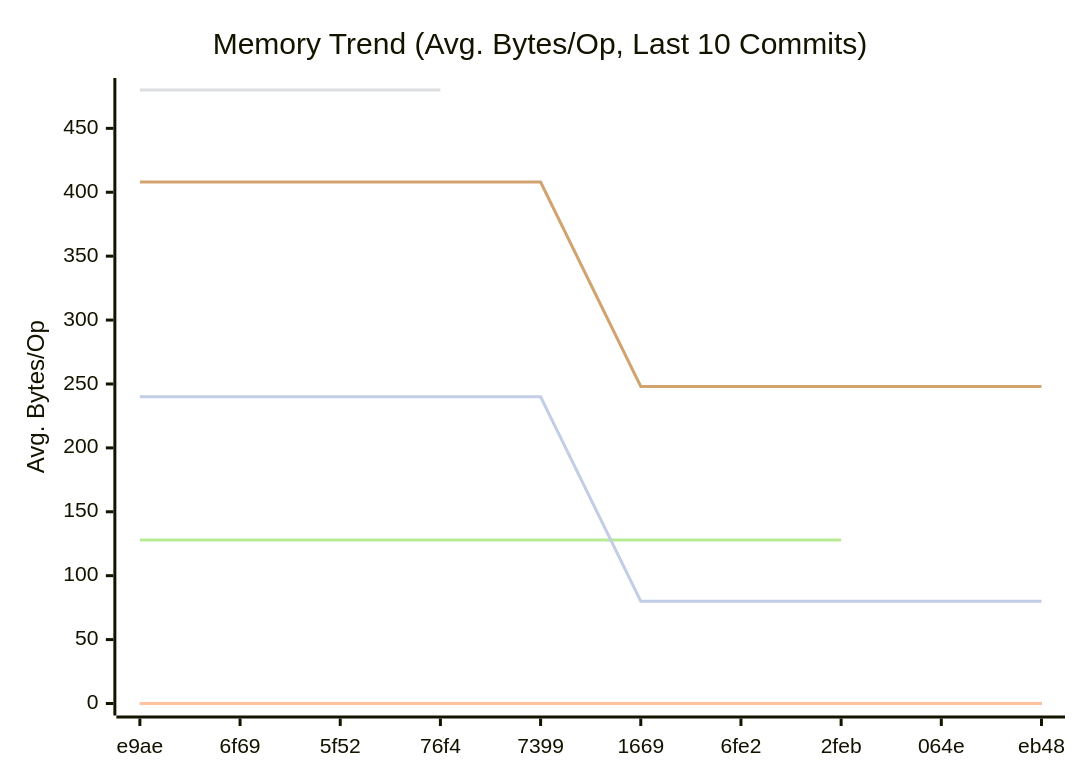
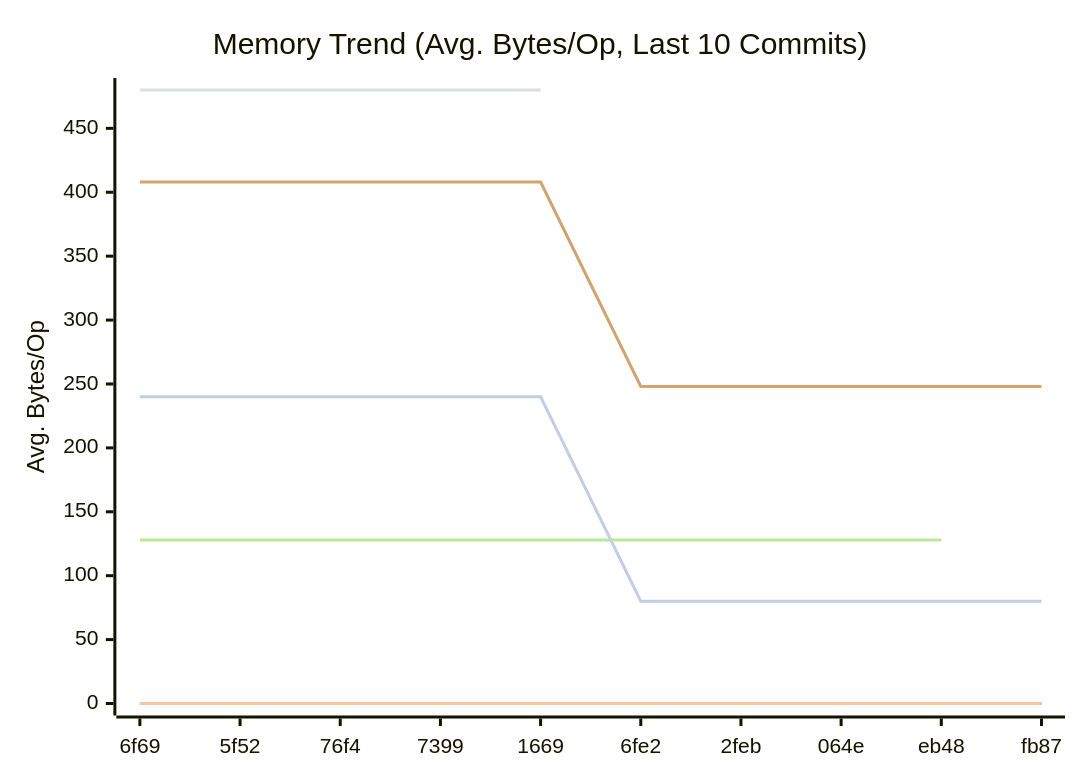
One commit to alsotoes/momo changed the second of 3 diagrams in doc/README.md. Above: the diagram before and after it, drawn with Mermaid. The commit also changed other lines of this file and 1 other file, not shown here.

````diff
--- a/doc/README.md
+++ b/doc/README.md
@@ -311,14 +311,14 @@
 ```mermaid
 xychart-beta
     title "Memory Trend (Avg. Bytes/Op, Last 10 Commits)"
     x-axis "Commit"
     y-axis "Avg. Bytes/Op"
-    x-axis [e9ae,6f69,5f52,76f4,7399,1669,6fe2,2feb,064e,eb48]
+    x-axis [6f69,5f52,76f4,7399,1669,6fe2,2feb,064e,eb48,fb87]
     line "CheckMetricsAndSwap" [0,0,0,0,0,0,0,0,0,0]
     line "IndexDirectTracking" [0,0,0,0,0,0,0,0,0,0]
     line "IndexSearch" [0,0,0,0,0,0,0,0,0,0]
-    line "LoadGlobalConfig" [480,480,480,480]
-    line "PadString" [128,128,128,128,128,128,128,128]
+    line "LoadGlobalConfig" [480,480,480,480,480]
+    line "PadString" [128,128,128,128,128,128,128,128,128]
     line "ParseReplicationOrder_NoPrealloc" [408,408,408,408,408,248,248,248,248,248]
     line "ParseReplicationOrder_Prealloc" [240,240,240,240,240,80,80,80,80,80]
 ```
````
